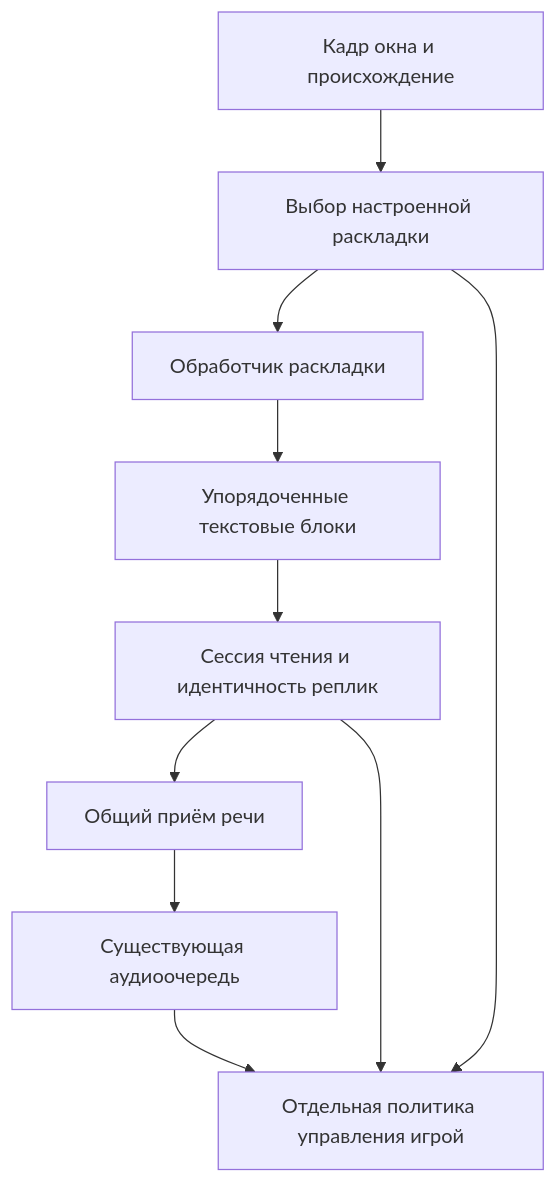
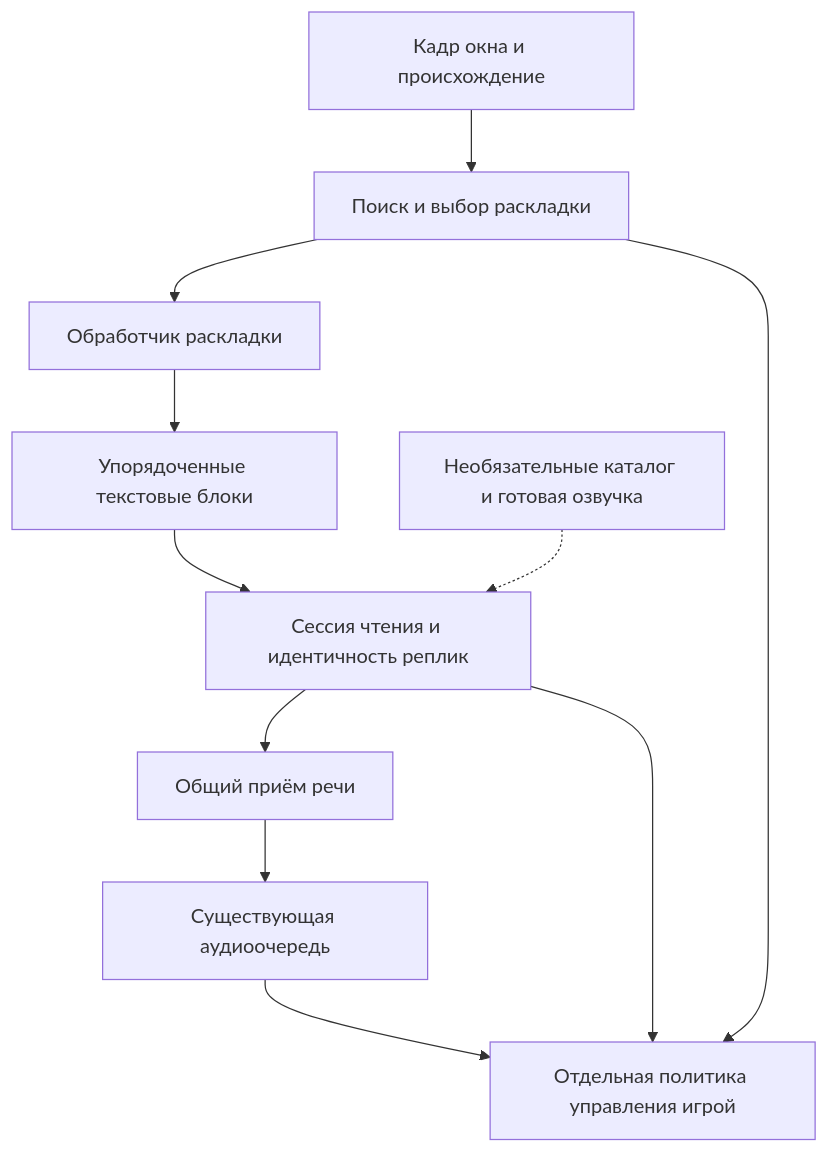
The diagram in docs/text-reading-architecture.md (uflBufl/VisualNovelTextToSpeach), drawn with Mermaid before and after one commit. The commit also changed other lines of this file and 1 other file, not shown here.

Commit message:
Prioritize source-free live reading for new games

````diff
--- a/docs/text-reading-architecture.md
+++ b/docs/text-reading-architecture.md
@@ -27,20 +38,22 @@
 ```mermaid
 flowchart TD
     Capture[Кадр окна и происхождение]
-    Selector[Выбор настроенной раскладки]
+    Selector[Поиск и выбор раскладки]
     Reader[Обработчик раскладки]
     Observation[Упорядоченные текстовые блоки]
     Session[Сессия чтения и идентичность реплик]
     Admission[Общий приём речи]
     Queue[Существующая аудиоочередь]
     Navigation[Отдельная политика управления игрой]
+    Source[Необязательные каталог и готовая озвучка]
     Capture --> Selector
     Selector --> Reader
     Reader --> Observation
     Observation --> Session
+    Source -.-> Session
     Session --> Admission
     Admission --> Queue
     Session --> Navigation
     Selector --> Navigation
     Queue --> Navigation
 ```
````
